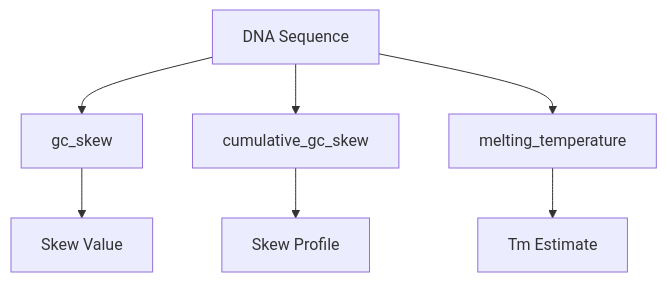
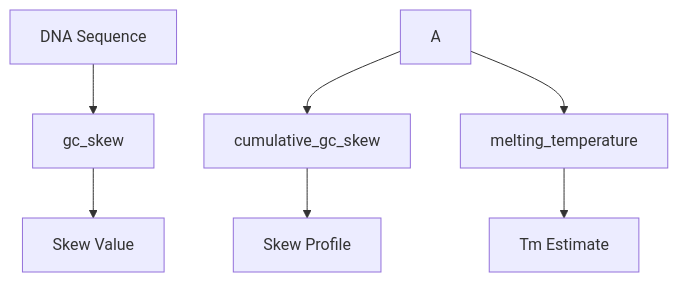
Before and after one commit to docxology/MetaInformAnt: the diagram in docs/dna/composition.md, drawn with Mermaid. The commit also changed 611 other files, not shown here.

````diff
--- a/docs/dna/composition.md
+++ b/docs/dna/composition.md
@@ -5,6 +5,6 @@
 ```mermaid
 flowchart TD
-  A[DNA Sequence] --> B[gc_skew] --> C[Skew Value]
-  A --> D[cumulative_gc_skew] --> E[Skew Profile]
-  A --> F[melting_temperature] --> G[Tm Estimate]
+  AdnaSequence[DNA Sequence] --> BgcSkew[gc_skew] --> CskewValue[Skew Value]
+  A --> DcumulativeGcSkew[cumulative_gc_skew] --> EskewProfile[Skew Profile]
+  A --> FmeltingTemperature[melting_temperature] --> GtmEstimate[Tm Estimate]
 ```
````
